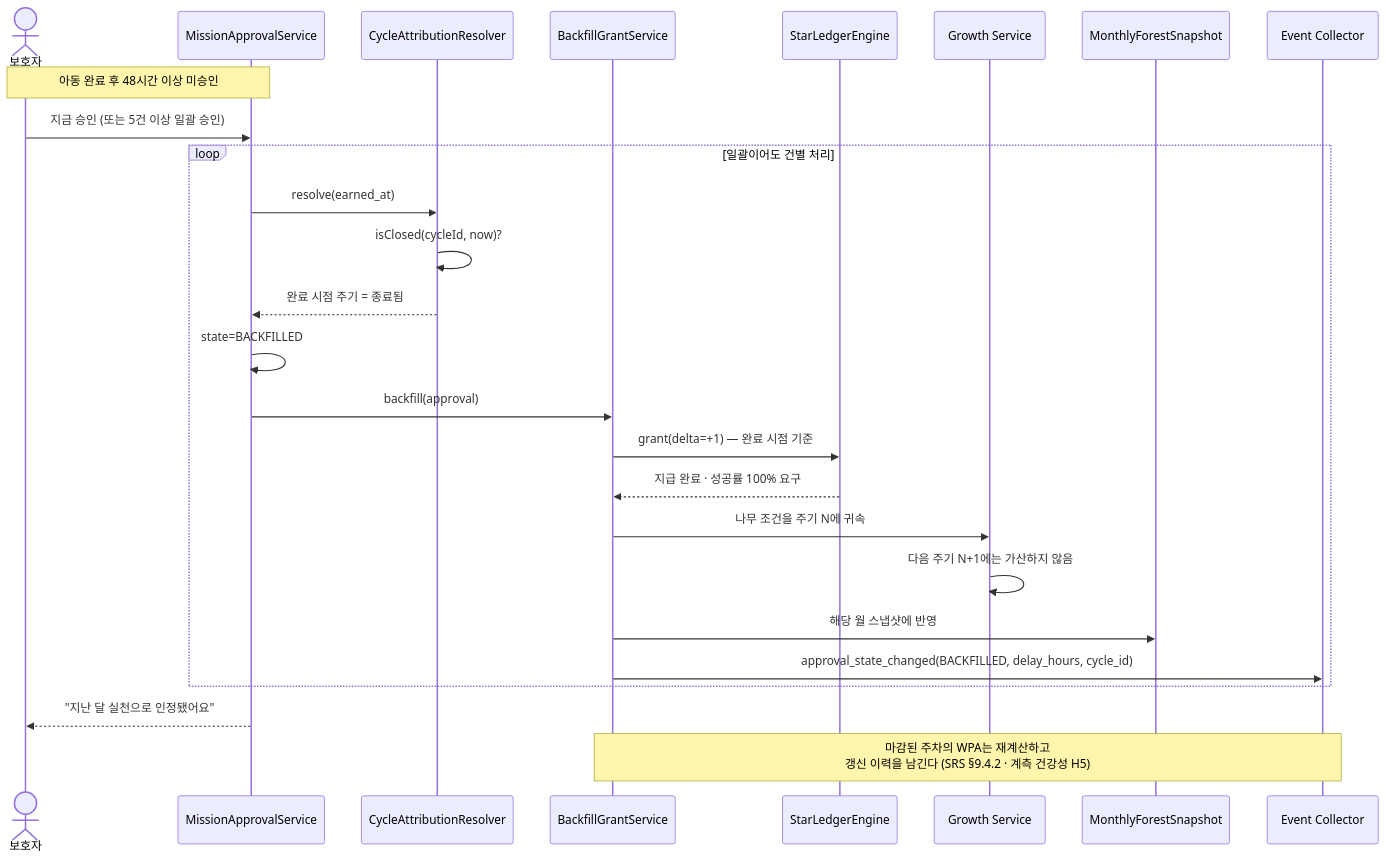
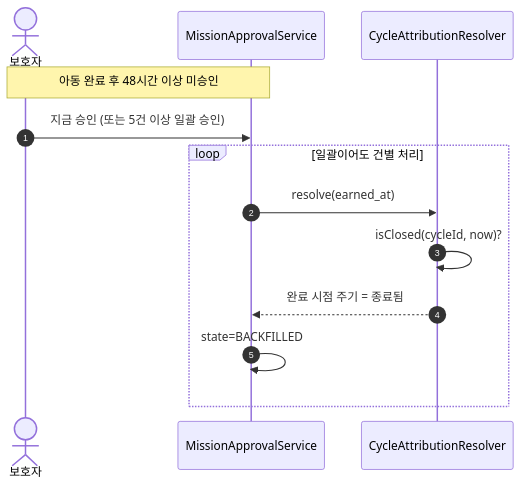
Diagram 22 of 51 in DESIGN_finfriends-v1_0.md (new-rim/finfriends-prd-to-srs), drawn with Mermaid before and after one commit. The commit also changed other lines of this file and 1 other file, not shown here.

````diff
--- a/DESIGN_finfriends-v1_0.md
+++ b/DESIGN_finfriends-v1_0.md
@@ -1215,32 +1363,17 @@
 ```mermaid
 sequenceDiagram
+    autonumber
     actor G as 보호자
     participant PS as MissionApprovalService
     participant CAR as CycleAttributionResolver
-    participant BG as BackfillGrantService
-    participant SL as StarLedgerEngine
-    participant GS as Growth Service
-    participant FS as MonthlyForestSnapshot
-    participant EC as Event Collector
 
     Note over G,PS: 아동 완료 후 48시간 이상 미승인
     G->>PS: 지금 승인 (또는 5건 이상 일괄 승인)
 
     loop 일괄이어도 건별 처리
         PS->>CAR: resolve(earned_at)
         CAR->>CAR: isClosed(cycleId, now)?
         CAR-->>PS: 완료 시점 주기 = 종료됨
         PS->>PS: state=BACKFILLED
-        PS->>BG: backfill(approval)
-        BG->>SL: grant(delta=+1) — 완료 시점 기준
-        SL-->>BG: 지급 완료 · 성공률 100% 요구
-        BG->>GS: 나무 조건을 주기 N에 귀속
-        GS->>GS: 다음 주기 N+1에는 가산하지 않음
-        BG->>FS: 해당 월 스냅샷에 반영
-        BG->>EC: approval_state_changed(BACKFILLED, delay_hours, cycle_id)
     end
-
-    PS-->>G: "지난 달 실천으로 인정됐어요"
-
-    Note over BG,EC: 마감된 주차의 WPA는 재계산하고<br/>갱신 이력을 남긴다 (SRS §9.4.2 · 계측 건강성 H5)
 ```
````
